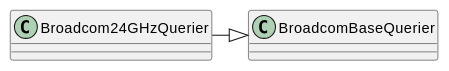
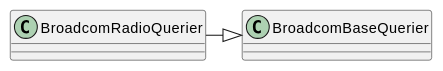
The fourth of 5 diagrams in apcommand/accesspoints/broadcom/querier.rst (russell-n/apcommand), drawn with PlantUML before and after one commit. The commit also changed other lines of this file and 19 other files, not shown here.

Commit message:
Broke the Broadcom Queriers up into BroadcomRadioQuerier and BroadcomSSIDQuerier to start march to one class per page

```diff
--- a/apcommand/accesspoints/broadcom/querier.rst
+++ b/apcommand/accesspoints/broadcom/querier.rst
@@ -94,3 +82,3 @@
 .. uml::
 
-   Broadcom24GHzQuerier -|> BroadcomBaseQuerier
+   BroadcomRadioQuerier -|> BroadcomBaseQuerier
```
